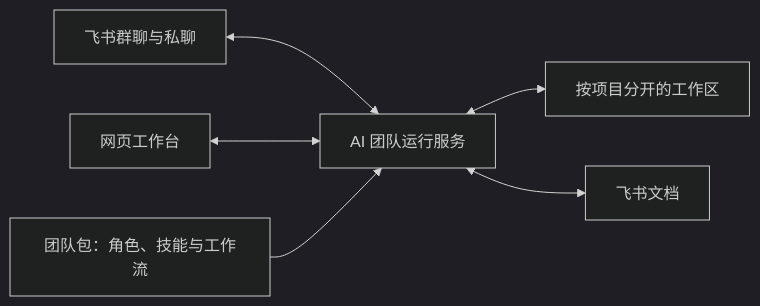
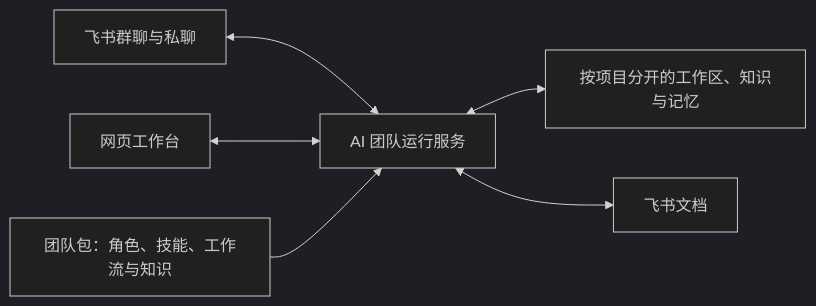
The diagram in README.md (pengcong2020520/feishu-ai-team-starter), drawn with Mermaid (dark theme) before and after one commit. The commit also changed other lines of this file and 39 other files, not shown here.

````diff
--- a/README.md
+++ b/README.md
@@ -32,8 +33,8 @@
 ```mermaid
 flowchart LR
     F["飞书群聊与私聊"] <--> R["AI 团队运行服务"]
     W["网页工作台"] <--> R
-    T["团队包：角色、技能与工作流"] --> R
-    R <--> P["按项目分开的工作区"]
+    T["团队包：角色、技能、工作流与知识"] --> R
+    R <--> P["按项目分开的工作区、知识与记忆"]
     R <--> D["飞书文档"]
 ```
````
